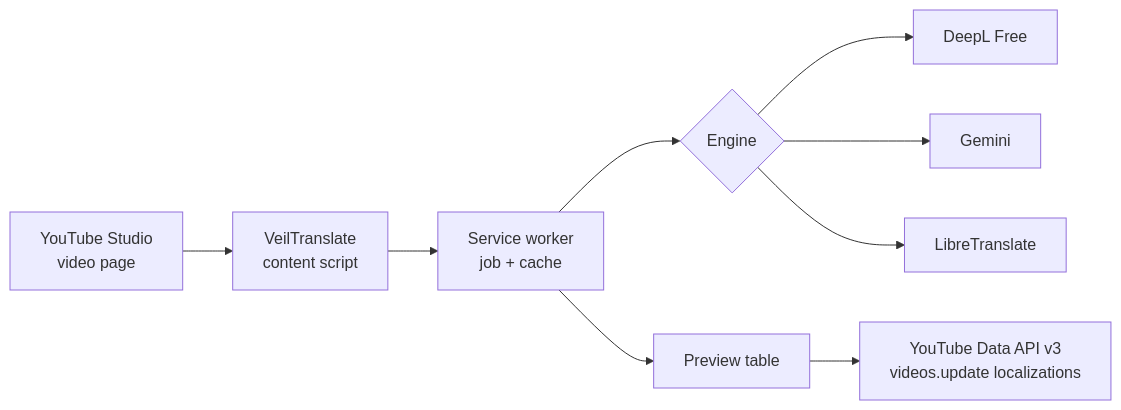
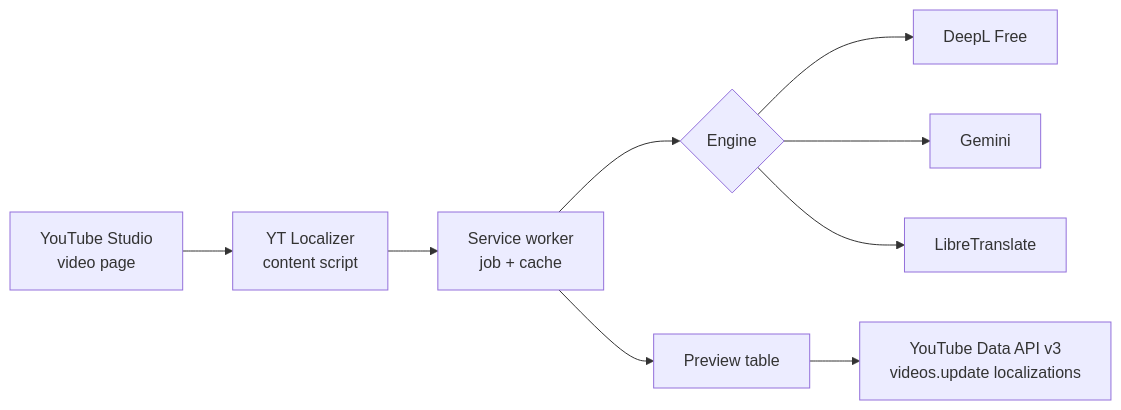
Before and after one commit to MykolaRudnev/yt-localizer: the diagram in README.md, drawn with Mermaid. The commit also changed other lines of this file and 31 other files, not shown here.

````diff
--- a/README.md
+++ b/README.md
@@ -55,11 +55,11 @@
 ```mermaid
 flowchart LR
-  A[YouTube Studio<br/>video page] --> B[VeilTranslate<br/>content script]
+  A[YouTube Studio<br/>video page] --> B[YT Localizer<br/>content script]
   B --> C[Service worker<br/>job + cache]
   C --> D{Engine}
   D --> E[DeepL Free]
   D --> F[Gemini]
   D --> G[LibreTranslate]
   C --> H[Preview table]
   H --> I[YouTube Data API v3<br/>videos.update localizations]
 ```
````
